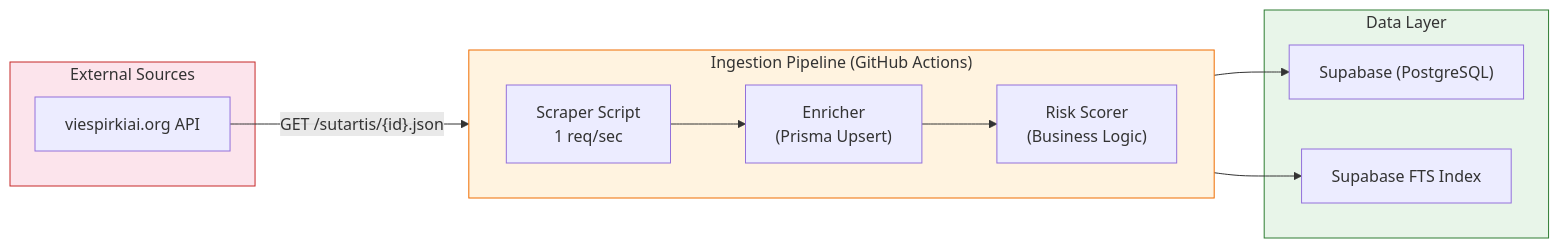
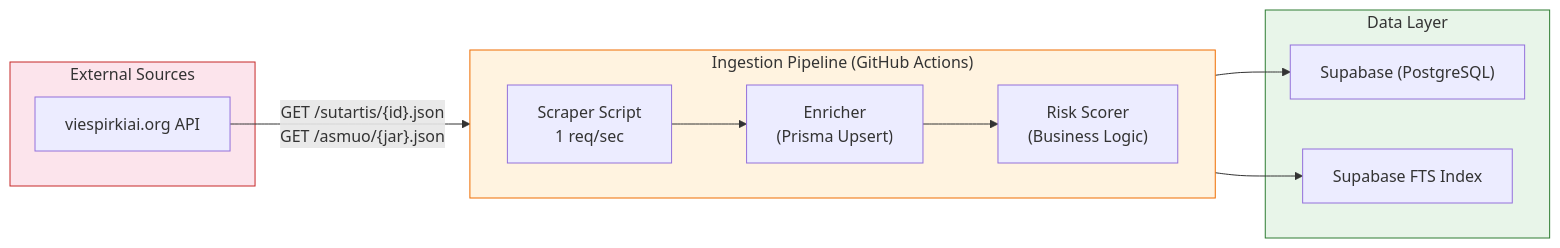
Before and after one commit to rimvydasb/risk-intelligence: the third of 7 diagrams in risk-intelligence-sad.md, drawn with Mermaid. The commit also changed other lines of this file, not shown here.

````diff
--- a/risk-intelligence-sad.md
+++ b/risk-intelligence-sad.md
@@ -554,27 +554,27 @@
 ```mermaid
 flowchart LR
     subgraph Sources["External Sources"]
         VP["viespirkiai.org API"]
     end
 
     subgraph Pipeline["Ingestion Pipeline (GitHub Actions)"]
         direction LR
         S["Scraper Script<br/>1 req/sec"]
         E["Enricher<br/>(Prisma Upsert)"]
         R["Risk Scorer<br/>(Business Logic)"]
     end
 
     subgraph Storage["Data Layer"]
         PG["Supabase (PostgreSQL)"]
         FTS["Supabase FTS Index"]
     end
 
-    VP -->|"GET /sutartis/{id}.json"| S
+    VP -->|"GET /sutartis/{id}.json<br/>GET /asmuo/{jar}.json"| S
     S --> E --> R
     R --> PG
     R --> FTS
 
     style Sources fill: #fce4ec, stroke: #c62828
     style Pipeline fill: #fff3e0, stroke: #ef6c00
     style Storage fill: #e8f5e9, stroke: #2e7d32
 ```
````
